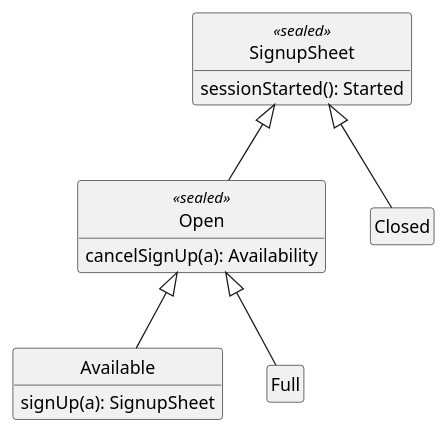
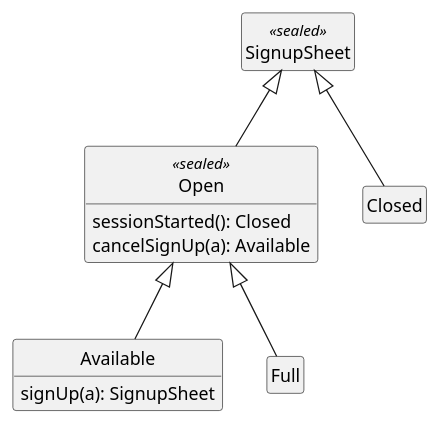
Before and after one commit to npryce/learn-you-a-kotlin: the third of 3 diagrams in INSTRUCTIONS.part4.md, drawn with PlantUML. The commit also changed other lines of this file, not shown here.

Commit message:
Simplify target sealed class hieararchy

```diff
--- a/INSTRUCTIONS.part4.md
+++ b/INSTRUCTIONS.part4.md
@@ -405,20 +406,18 @@
 ~~~plantuml
 hide empty members
 hide circle
 
-class SignupSheet <<sealed>> {
-    sessionStarted(): Started
-}
-
+class SignupSheet <<sealed>>
 class Open <<sealed>> extends SignupSheet {
-    cancelSignUp(a): Availability
+    sessionStarted(): Closed
+    cancelSignUp(a): Available
 }
 
 class Available extends Open {
     signUp(a): SignupSheet
 }
 
 class Full extends Open
 
 class Closed extends SignupSheet
 ~~~
```
